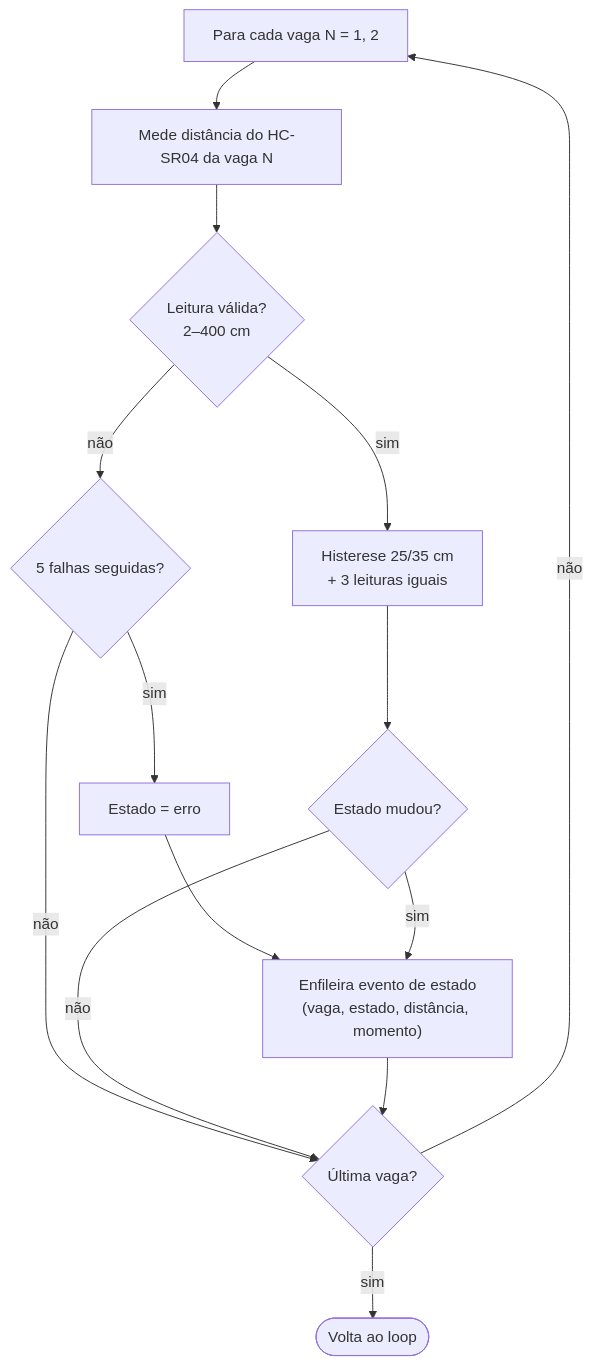
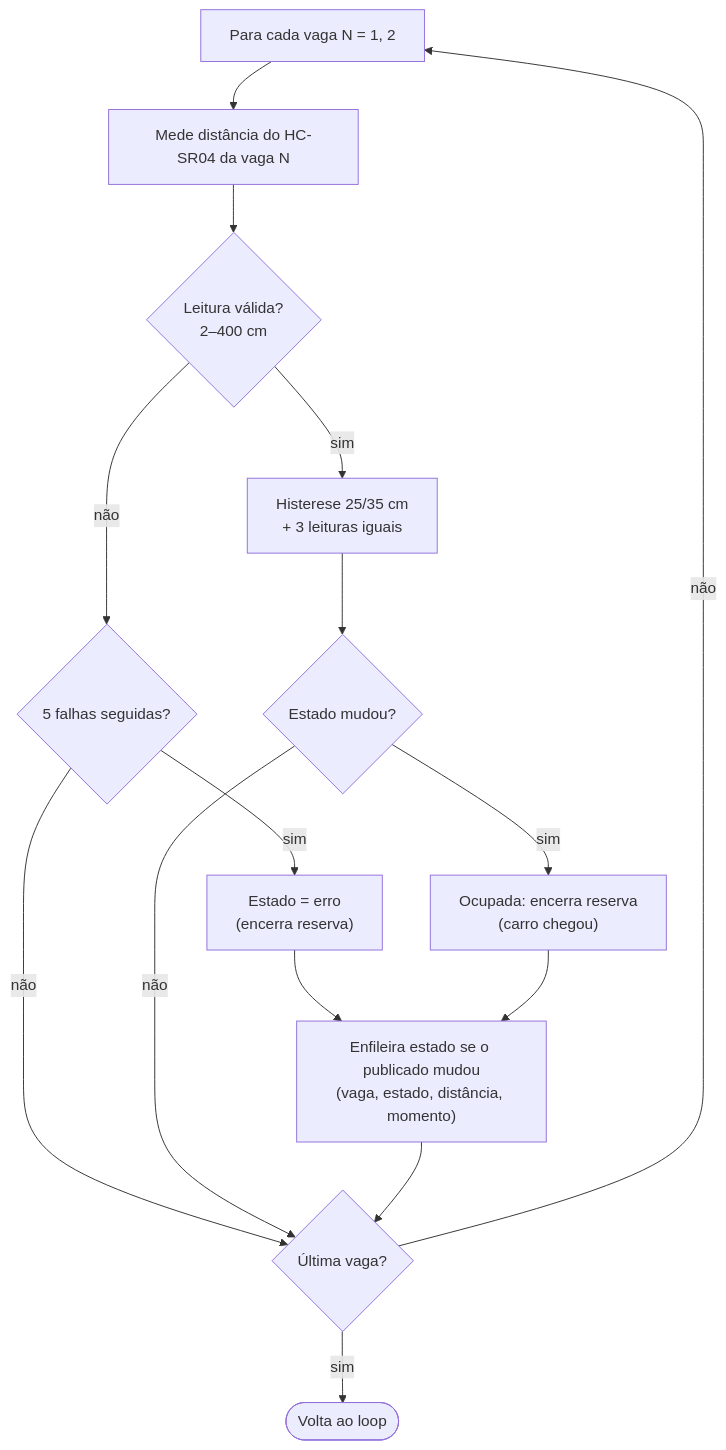
Before and after one commit to VynicyusCandido/iotHorangoTango: the fourth of 9 diagrams in docs/fluxograma-firmware.md, drawn with Mermaid. The commit also changed other lines of this file and 6 other files, not shown here.

````diff
--- a/docs/fluxograma-firmware.md
+++ b/docs/fluxograma-firmware.md
@@ -102,15 +114,16 @@
 ```mermaid
 flowchart TD
     A[Para cada vaga N = 1, 2] --> M[Mede distância do HC-SR04 da vaga N]
     M --> V{Leitura válida?<br/>2–400 cm}
     V -- não --> V1{5 falhas seguidas?}
-    V1 -- sim --> E1[Estado = erro] --> EV
+    V1 -- sim --> E1["Estado = erro<br/>(encerra reserva)"] --> EV
     V1 -- não --> X
     V -- sim --> O["Histerese 25/35 cm<br/>+ 3 leituras iguais"]
     O --> O1{Estado mudou?}
     O1 -- não --> X
-    O1 -- sim --> EV["Enfileira evento de estado<br/>(vaga, estado, distância, momento)"]
+    O1 -- sim --> O2["Ocupada: encerra reserva<br/>(carro chegou)"]
+    O2 --> EV["Enfileira estado se o publicado mudou<br/>(vaga, estado, distância, momento)"]
     EV --> X{Última vaga?}
     X -- não --> A
     X -- sim --> Z([Volta ao loop])
 ```
````
